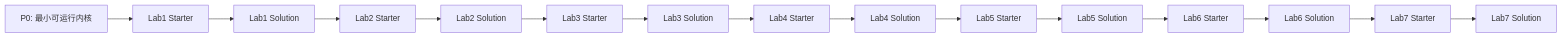
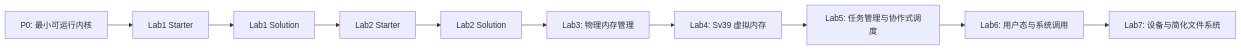
One commit to yicanzhang776-tech/os changed the diagram in docs/labs/README.md. Above: the diagram before and after it, drawn with Mermaid. The commit also changed other lines of this file and 47 other files, not shown here.

````diff
--- a/docs/labs/README.md
+++ b/docs/labs/README.md
@@ -26,17 +31,12 @@
 ```mermaid
 flowchart LR
     P0["P0: 最小可运行内核"] --> L1S["Lab1 Starter"]
     L1S --> L1A["Lab1 Solution"]
     L1A --> L2S["Lab2 Starter"]
     L2S --> L2A["Lab2 Solution"]
-    L2A --> L3S["Lab3 Starter"]
-    L3S --> L3A["Lab3 Solution"]
-    L3A --> L4S["Lab4 Starter"]
-    L4S --> L4A["Lab4 Solution"]
-    L4A --> L5S["Lab5 Starter"]
-    L5S --> L5A["Lab5 Solution"]
-    L5A --> L6S["Lab6 Starter"]
-    L6S --> L6A["Lab6 Solution"]
-    L6A --> L7S["Lab7 Starter"]
-    L7S --> L7A["Lab7 Solution"]
+    L2A --> L3["Lab3: 物理内存管理"]
+    L3 --> L4["Lab4: Sv39 虚拟内存"]
+    L4 --> L5["Lab5: 任务管理与协作式调度"]
+    L5 --> L6["Lab6: 用户态与系统调用"]
+    L6 --> L7["Lab7: 设备与简化文件系统"]
 ```
````
